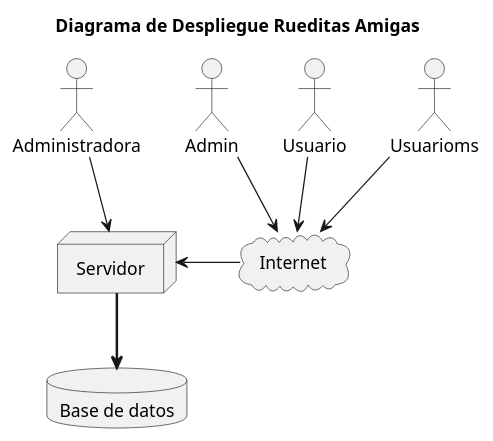
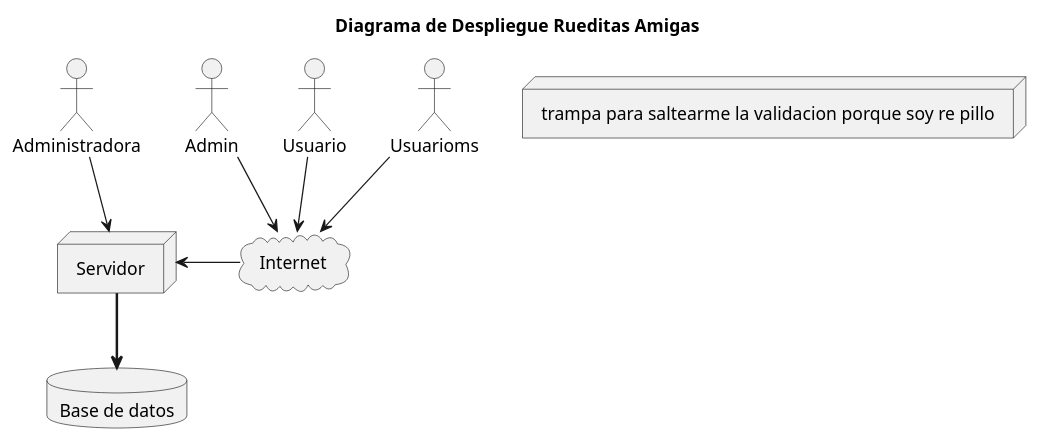
Before and after one commit to lrizzitano/RueditasAmigasDespliegue: the diagram in diagrams/DiagramaDeDespliegue.puml, drawn with PlantUML.

Commit message:
pruebo más de un nodo

```diff
--- a/diagrams/DiagramaDeDespliegue.puml
+++ b/diagrams/DiagramaDeDespliegue.puml
@@ -1,28 +1,30 @@
 @startuml DiagramaDeDespliegue
 'https://plantuml.com/deployment-diagram
 
 title Diagrama de Despliegue Rueditas Amigas
 
 
 actor "Admin"
 actor "Usuario"
 actor "Administradora"
 actor "Usuarioms"
 
 
 cloud "Internet"
 
 node "Servidor"
 
+node "trampa para saltearme la validacion porque soy re pillo"
+
 database "Base de datos"
 
 "Usuario" --> "Internet"
 "Admin" --> "Internet"
 "Usuarioms" --> "Internet"
 "Administradora" --> "Servidor"
 
 
 "Internet" -l-> "Servidor"
 
 "Servidor" -[bold]-> "Base de datos"
 @enduml
```
